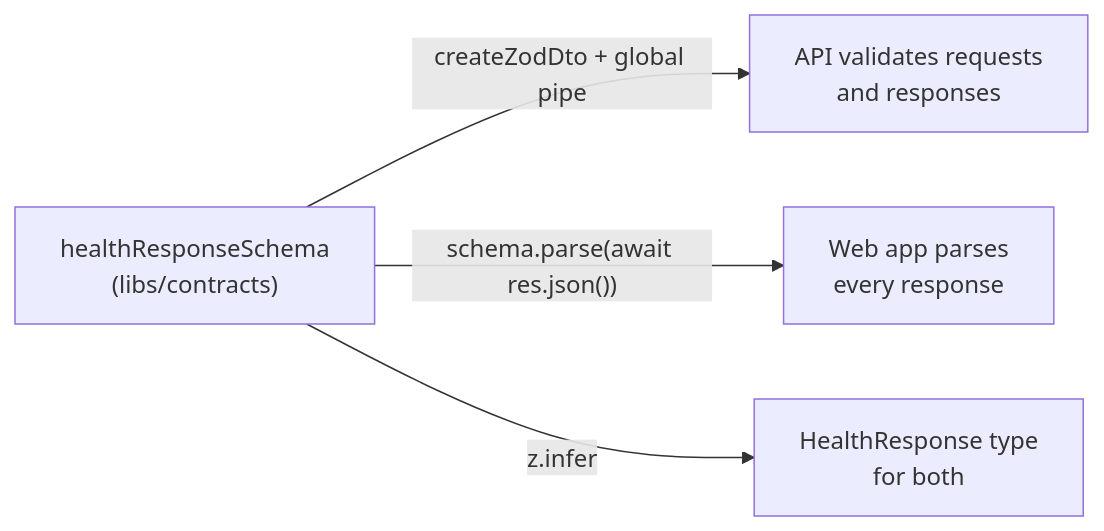
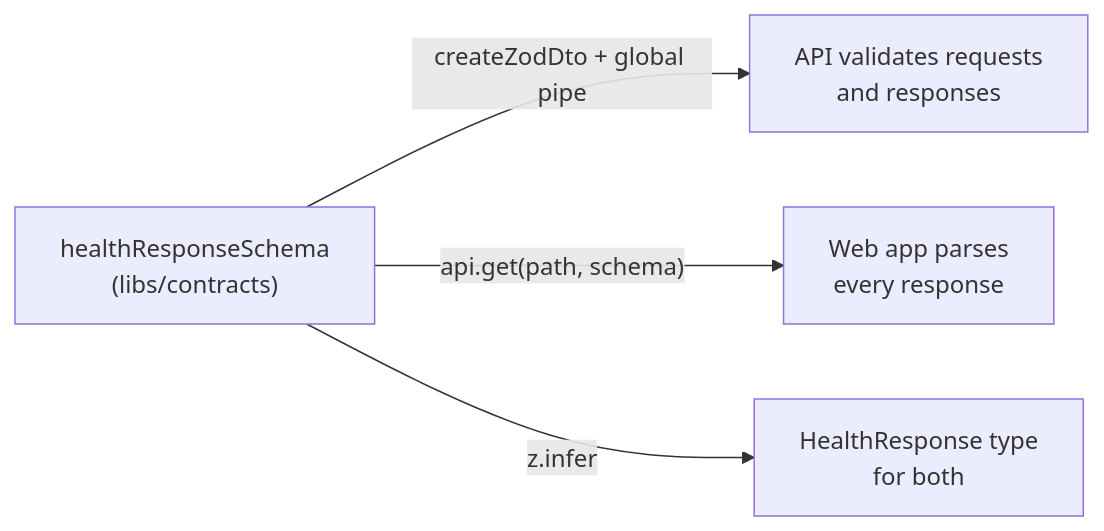
Before and after one commit to nitzanto/ratewatch: the diagram in apps/docs/src/content/docs/adrs/api-contracts.md, drawn with Mermaid. The commit also changed other lines of this file and 35 other files, not shown here.

First line of the commit message:
refactor(web): split the app into layers with a typed API client and TanStack Query (#37)

````diff
--- a/apps/docs/src/content/docs/adrs/api-contracts.md
+++ b/apps/docs/src/content/docs/adrs/api-contracts.md
@@ -27,7 +27,7 @@
 ```mermaid
 flowchart LR
   schema["healthResponseSchema<br/>(libs/contracts)"]
   schema -- "createZodDto + global pipe" --> api["API validates requests<br/>and responses"]
-  schema -- "schema.parse(await res.json())" --> web["Web app parses<br/>every response"]
+  schema -- "api.get(path, schema)" --> web["Web app parses<br/>every response"]
   schema -- "z.infer" --> types["HealthResponse type<br/>for both"]
 ```
````
